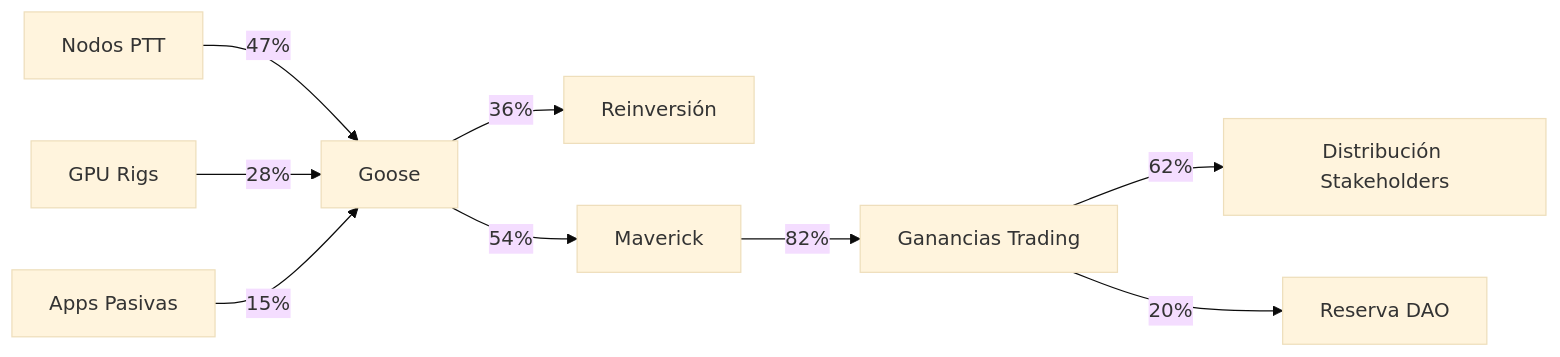
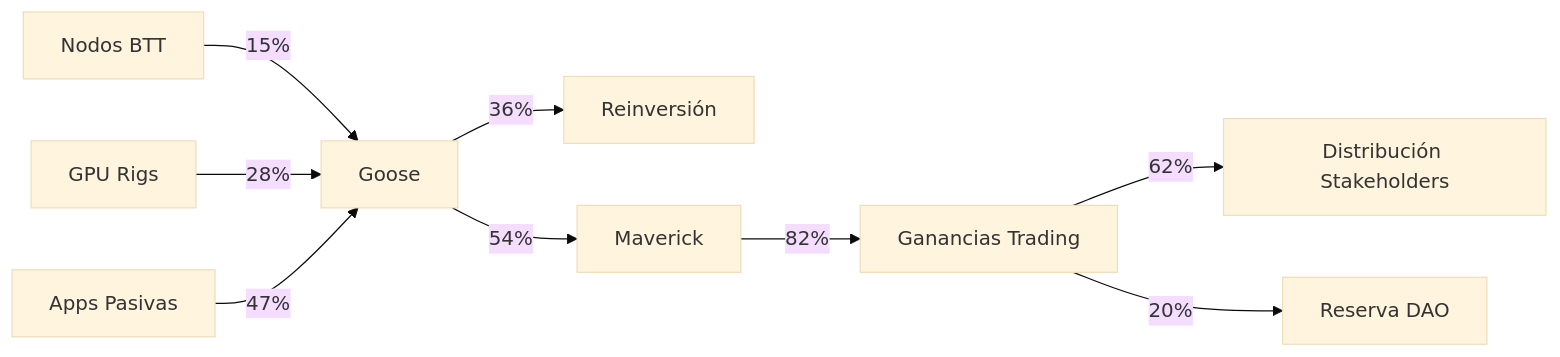
The third of 3 diagrams in Commercial/MVP.md (CryptoPlazaHQ/CryptoPlaza), drawn with Mermaid (base theme) before and after one commit.

````diff
--- a/Commercial/MVP.md
+++ b/Commercial/MVP.md
@@ -242,11 +242,11 @@
 ```mermaid
 graph LR
-A["Nodos PTT"] -->|"47%"| B["Goose"]
+A["Nodos BTT"] -->|"15%"| B["Goose"]
 C["GPU Rigs"] -->|"28%"| B
-D["Apps Pasivas"] -->|"15%"| B
+D["Apps Pasivas"] -->|"47%"| B
 B -->|"36%"| E["Reinversión"]
 B -->|"54%"| F["Maverick"]
 F -->|"82%"| G["Ganancias Trading"]
 G -->|"62%"| H["Distribución Stakeholders"]
 G -->|"20%"| I["Reserva DAO"]
 ```
````
